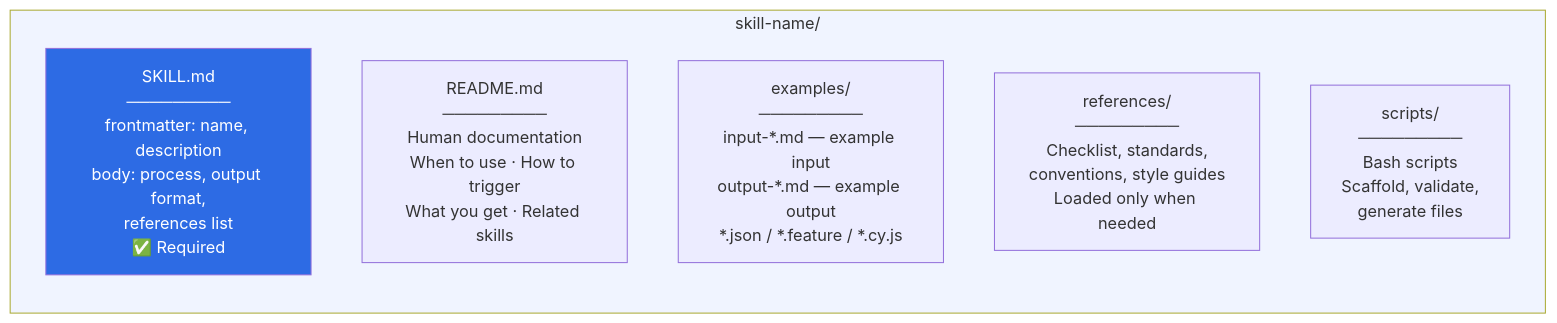
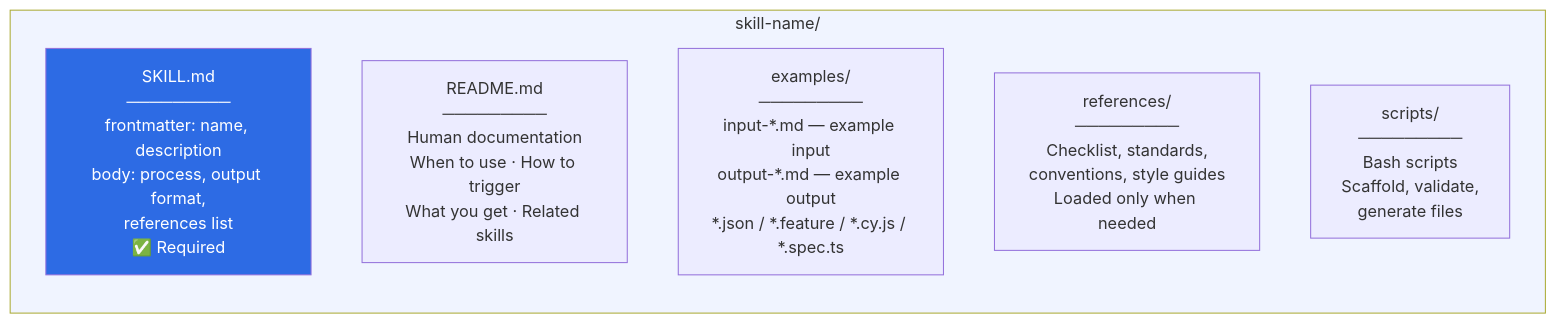
One commit to mahmoumaima/QIOS changed the fourth of 6 diagrams in docs/architecture.md. Above: the diagram before and after it, drawn with Mermaid. The commit also changed other lines of this file and 16 other files, not shown here.

````diff
--- a/docs/architecture.md
+++ b/docs/architecture.md
@@ -125,14 +130,14 @@
 ```mermaid
 graph LR
     subgraph Skill["skill-name/"]
         direction TB
         A["SKILL.md\n─────────\nfrontmatter: name, description\nbody: process, output format,\nreferences list\n✅ Required"]
         B["README.md\n─────────\nHuman documentation\nWhen to use · How to trigger\nWhat you get · Related skills"]
-        C["examples/\n─────────\ninput-*.md — example input\noutput-*.md — example output\n*.json / *.feature / *.cy.js"]
+        C["examples/\n─────────\ninput-*.md — example input\noutput-*.md — example output\n*.json / *.feature / *.cy.js / *.spec.ts"]
         D["references/\n─────────\nChecklist, standards,\nconventions, style guides\nLoaded only when needed"]
         E["scripts/\n─────────\nBash scripts\nScaffold, validate,\ngenerate files"]
     end
 
     style A fill:#2D6BE4,color:#fff
     style Skill fill:#F0F4FF
 ```
````
